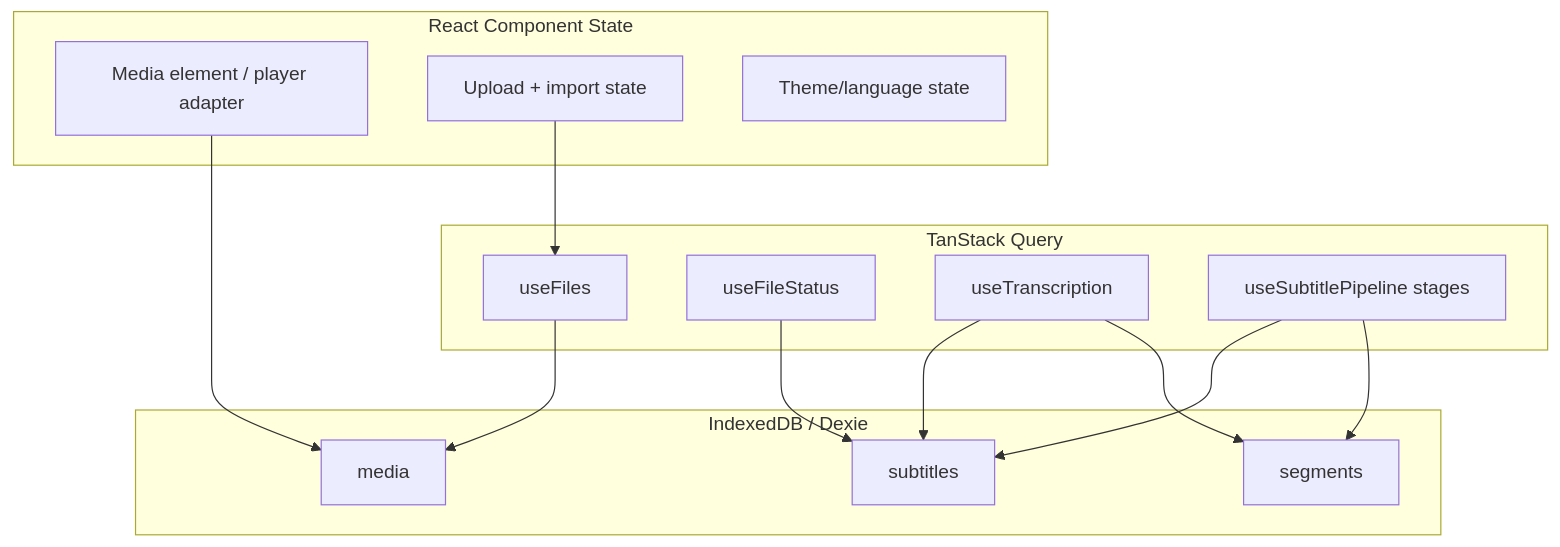
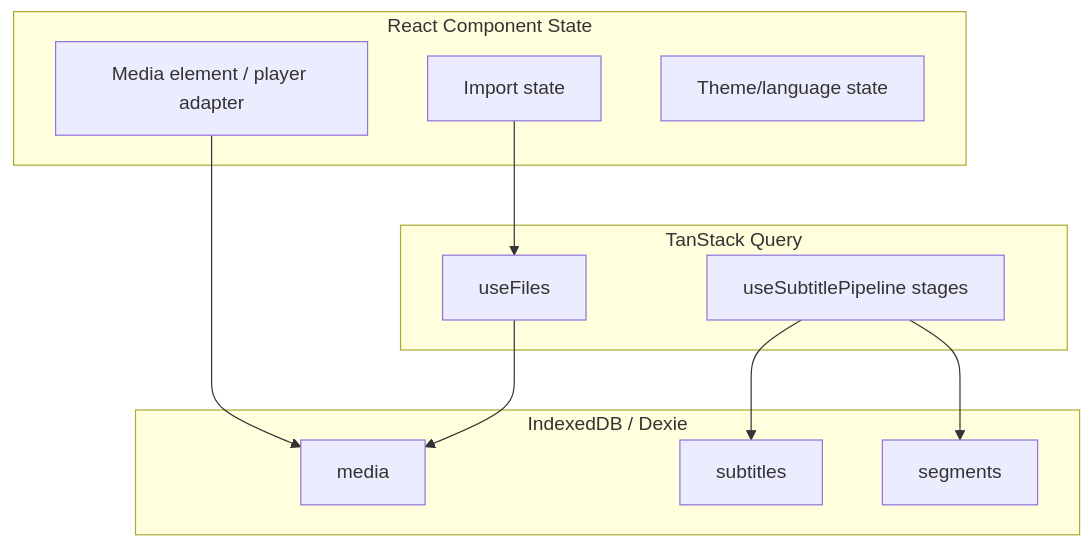
One commit to youming-ai/shadowing-learning changed the second of 2 diagrams in docs/ARCHITECTURE.md. Above: the diagram before and after it, drawn with Mermaid. The commit also changed other lines of this file and 69 other files, not shown here.

````diff
--- a/docs/ARCHITECTURE.md
+++ b/docs/ARCHITECTURE.md
@@ -137,30 +132,25 @@
 ```mermaid
 graph TB
     subgraph "React Component State"
         A[Media element / player adapter]
-        B[Upload + import state]
+        B[Import state]
         C[Theme/language state]
     end
 
     subgraph "TanStack Query"
         D[useFiles]
-        E[useFileStatus]
-        F[useTranscription]
         G[useSubtitlePipeline stages]
     end
 
     subgraph "IndexedDB / Dexie"
         I[media]
         J[subtitles]
         K[segments]
     end
 
     B --> D
     D --> I
-    E --> J
-    F --> J
-    F --> K
     G --> J
     G --> K
     A --> I
 ```
````
